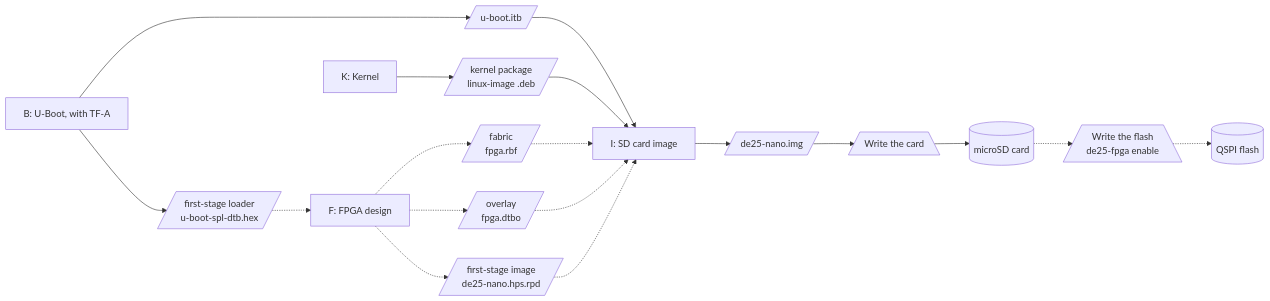
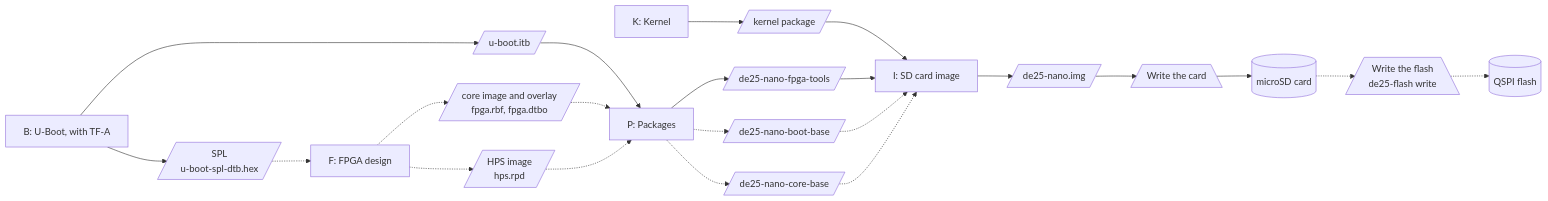
One commit to jclark/de25-nano-debian changed the diagram in build.md. Above: the diagram before and after it, drawn with Mermaid. The commit also changed other lines of this file and 9 other files, not shown here.

````diff
--- a/build.md
+++ b/build.md
@@ -60,26 +71,31 @@
 ```mermaid
 flowchart LR
   P1["B: U-Boot, with TF-A"]
   P2["K: Kernel"]
   P3["F: FPGA design"]
+  P5["P: Packages"]
   P4["I: SD card image"]
   itb[/"u-boot.itb"/]
-  spl[/"first-stage loader<br/>u-boot-spl-dtb.hex"/]
-  pkg[/"kernel package<br/>linux-image .deb"/]
-  rbf[/"fabric<br/>fpga.rbf"/]
-  dtbo[/"overlay<br/>fpga.dtbo"/]
-  rpd[/"first-stage image<br/>de25-nano.hps.rpd"/]
+  spl[/"SPL<br/>u-boot-spl-dtb.hex"/]
+  kpkg[/"kernel package"/]
+  rbf[/"core image and overlay<br/>fpga.rbf, fpga.dtbo"/]
+  rpd[/"HPS image<br/>hps.rpd"/]
+  tools[/"de25-nano-fpga-tools"/]
+  bpkg[/"de25-nano-boot-base"/]
+  cpkg[/"de25-nano-core-base"/]
   img[/"de25-nano.img"/]
   wc[/"Write the card"\]
-  wf[/"Write the flash<br/>de25-fpga enable"\]
+  wf[/"Write the flash<br/>de25-flash write"\]
   sd[("microSD card")]
   qspi[("QSPI flash")]
-  P1 --> itb --> P4
+  P1 --> itb --> P5
   P1 --> spl -.-> P3
-  P2 --> pkg --> P4
-  P3 -.-> rbf -.-> P4
-  P3 -.-> dtbo -.-> P4
-  P3 -.-> rpd -.-> P4
+  P2 --> kpkg --> P4
+  P3 -.-> rbf -.-> P5
+  P3 -.-> rpd -.-> P5
+  P5 --> tools --> P4
+  P5 -.-> bpkg -.-> P4
+  P5 -.-> cpkg -.-> P4
   P4 --> img --> wc --> sd
   sd -.-> wf -.-> qspi
 ```
````
